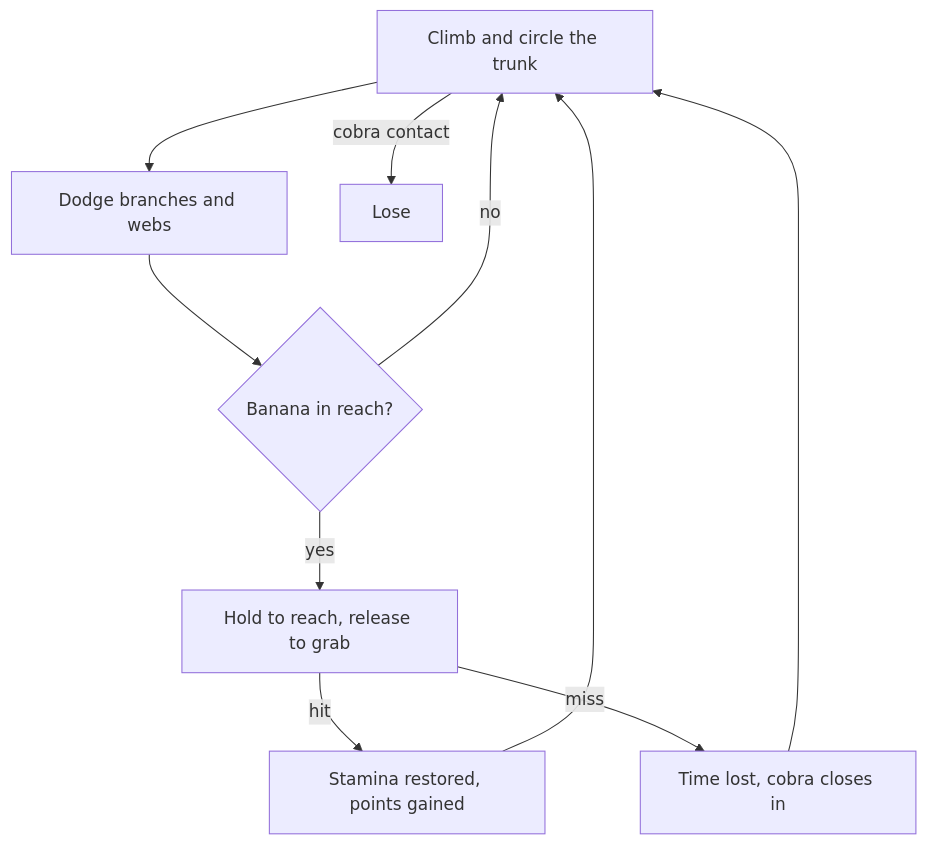
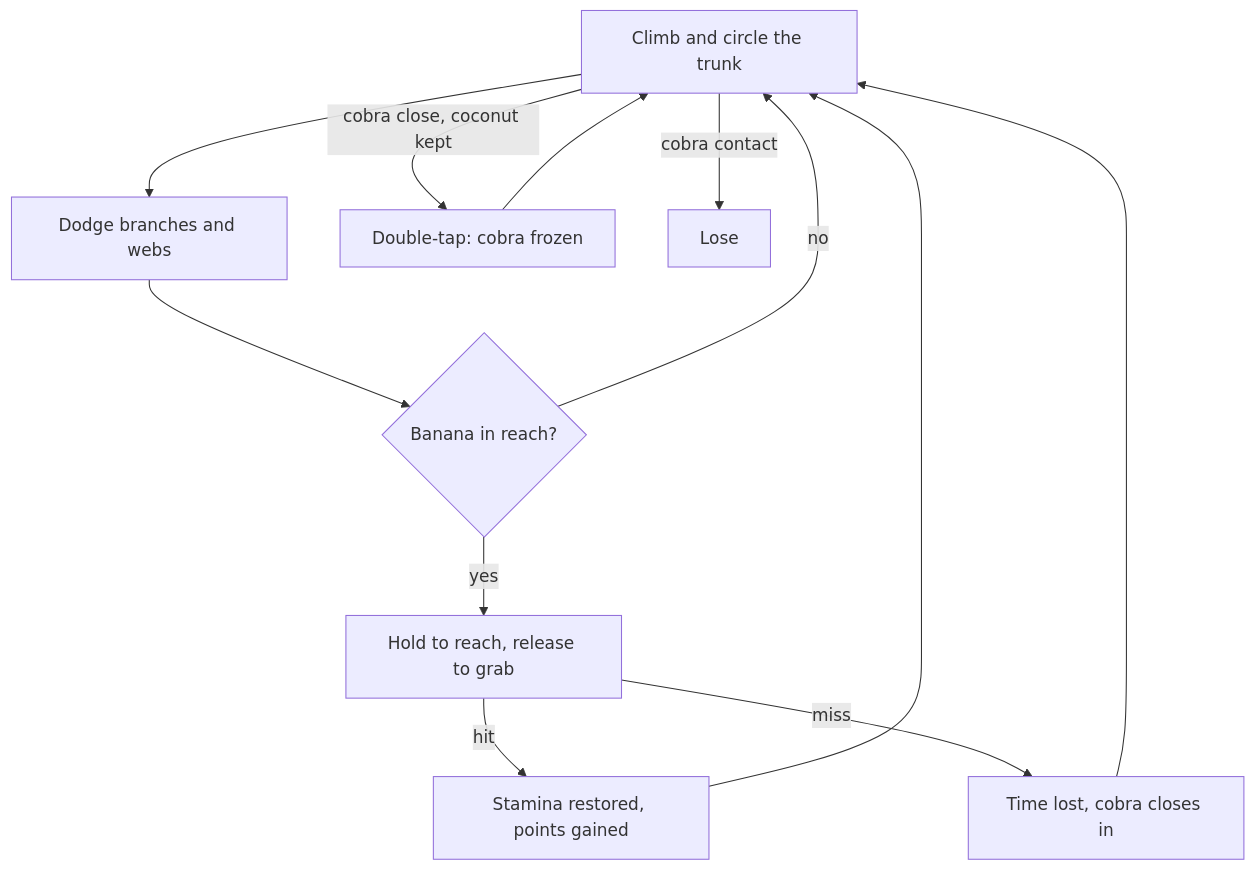
One commit to CSCI-526/Team4-Lu_Lu changed the diagram in docs/monkobra-gdd.md. Above: the diagram before and after it, drawn with Mermaid. The commit also changed other lines of this file and 6 other files, not shown here.

Commit message:
Document the coconut item in CONTEXT and the design, grab, mob, balance and gameplay loop docs so its spawn, use and cobra freeze are described where each system lives.

````diff
--- a/docs/monkobra-gdd.md
+++ b/docs/monkobra-gdd.md
@@ -46,12 +46,14 @@
 ```mermaid
 graph TD
   Climb[Climb and circle the trunk] --> Dodge[Dodge branches and webs]
   Dodge --> Spot{Banana in reach?}
   Spot -->|no| Climb
   Spot -->|yes| Reach[Hold to reach, release to grab]
   Reach -->|hit| Restore[Stamina restored, points gained]
   Reach -->|miss| Exposed[Time lost, cobra closes in]
   Restore --> Climb
   Exposed --> Climb
+  Climb -->|cobra close, coconut kept| Freeze[Double-tap: cobra frozen]
+  Freeze --> Climb
   Climb -->|cobra contact| Lose[Lose]
 ```
````
